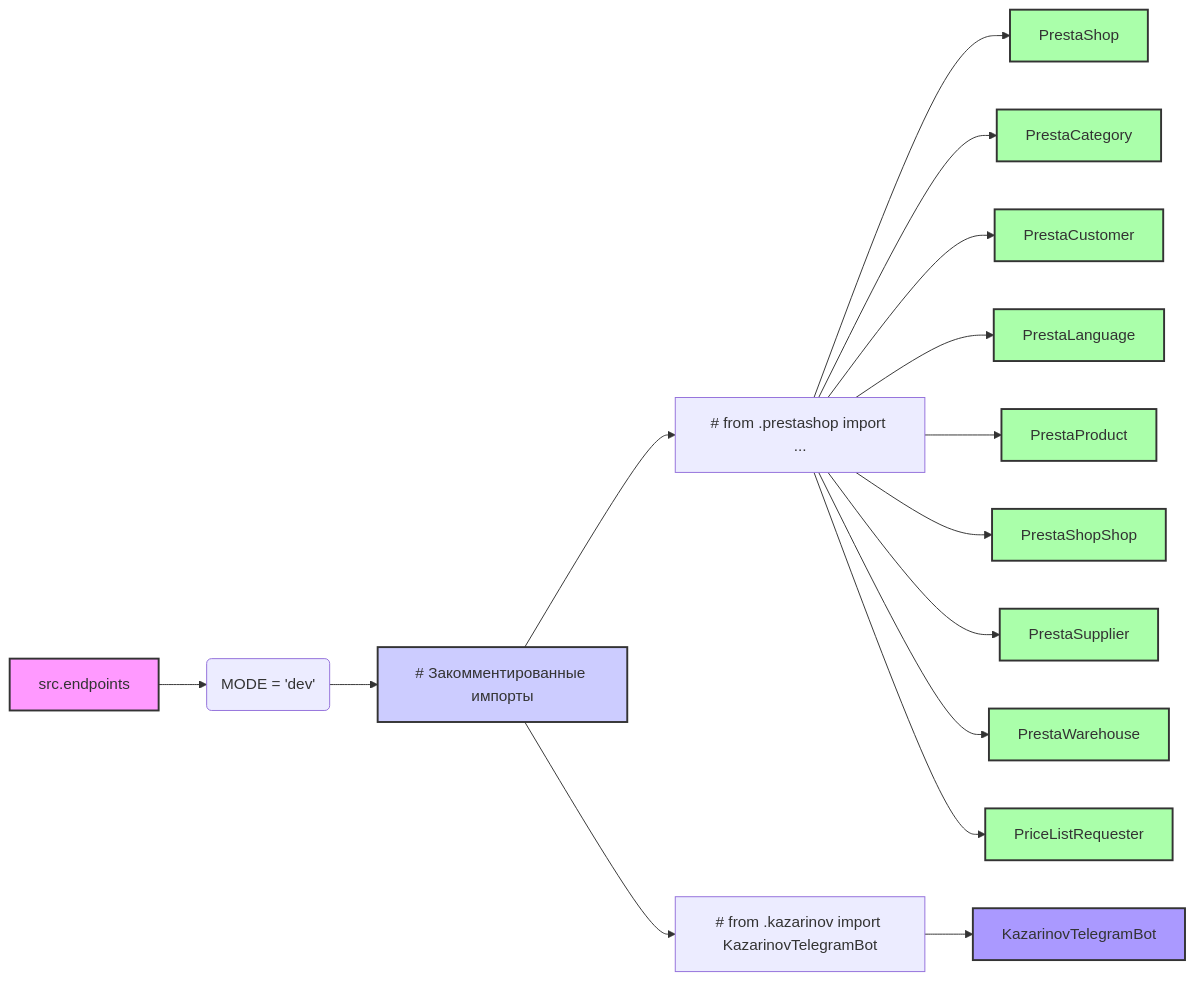
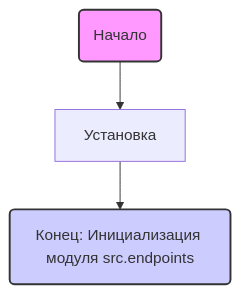
One commit to hypo69/hypo changed the first of 2 diagrams in docs/gemini/ru/explainer/src/endpoints/bookmaker/__init__.py.md. Above: the diagram before and after it, drawn with Mermaid. The commit also changed other lines of this file and 6031 other files, not shown here.

````diff
--- a/docs/gemini/ru/explainer/src/endpoints/bookmaker/__init__.py.md
+++ b/docs/gemini/ru/explainer/src/endpoints/bookmaker/__init__.py.md
@@ -16,26 +13,8 @@
 ```mermaid
-graph LR
-    A[src.endpoints] --> B(MODE = 'dev');
-    style A fill:#f9f,stroke:#333,stroke-width:2px
-    B --> C[# Закомментированные импорты];
-    C --> D[# from .prestashop import ...];
-    C --> E[# from .kazarinov import KazarinovTelegramBot];
-    style C fill:#ccf,stroke:#333,stroke-width:2px
-    D --> F[PrestaShop];
-    D --> G[PrestaCategory];
-    D --> H[PrestaCustomer];
-    D --> I[PrestaLanguage];
-    D --> J[PrestaProduct];
-    D --> K[PrestaShopShop];
-    D --> L[PrestaSupplier];
-    D --> M[PrestaWarehouse];
-    D --> N[PriceListRequester];
-    E --> O[KazarinovTelegramBot];
-
-    classDef class_prestashop fill:#afa,stroke:#333,stroke-width:2px;
-    class F,G,H,I,J,K,L,M,N class_prestashop;
-    classDef class_kazarinov fill:#a9f,stroke:#333,stroke-width:2px;
-    class O class_kazarinov;
-
+flowchart TD
+    Start(Начало) --> ModeInit[Установка ]
+    ModeInit --> End(Конец: Инициализация модуля src.endpoints)
     
+   style Start fill:#f9f,stroke:#333,stroke-width:2px
+    style End fill:#ccf,stroke:#333,stroke-width:2px
 ```
````
